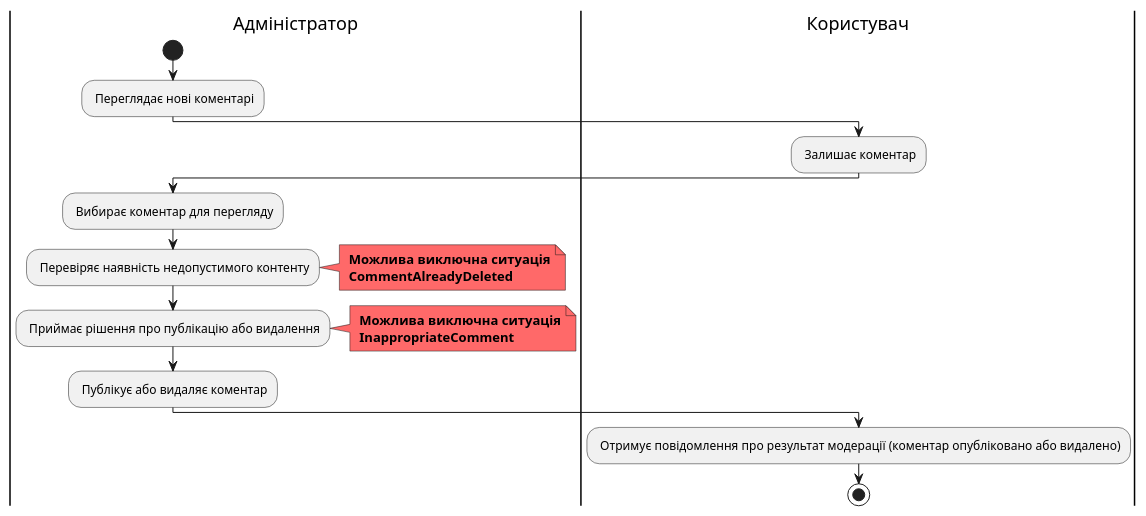
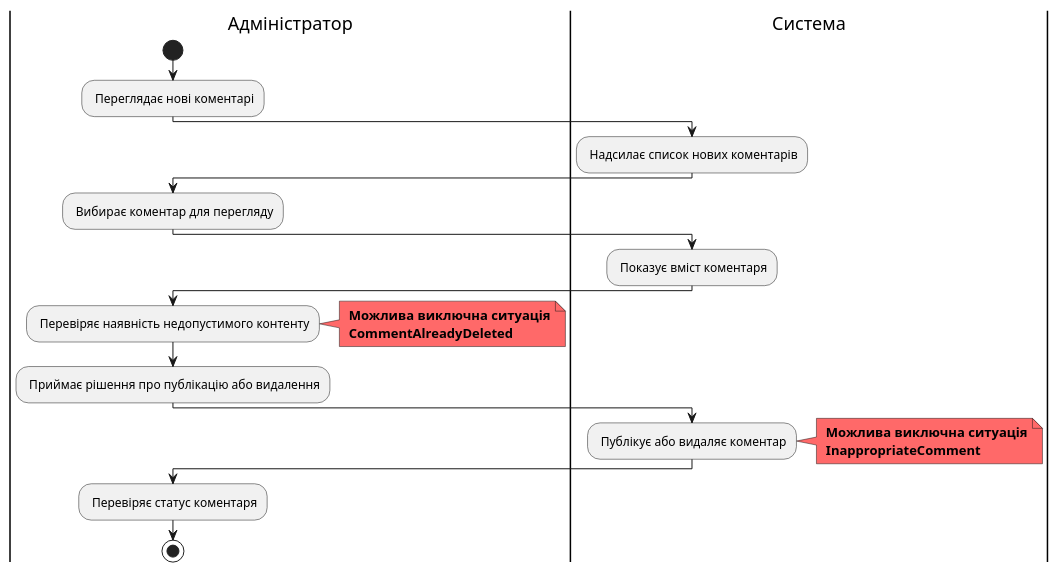
The fourth of 12 diagrams in docs/use cases/README.md (vladyslavpopov/DB_CourseWork), drawn with PlantUML before and after one commit.

```diff
--- a/docs/use cases/README.md
+++ b/docs/use cases/README.md
@@ -109,30 +109,35 @@
 @startuml
-
 |Адміністратор|
 start;
 : Переглядає нові коментарі;
 
-|Користувач|
-: Залишає коментар;
+|Система|
+: Надсилає список нових коментарів;
 
 |Адміністратор|
 : Вибирає коментар для перегляду;
+
+|Система|
+: Показує вміст коментаря;
+
+|Адміністратор|
 : Перевіряє наявність недопустимого контенту;
 note right #FF6969
 <b> Можлива виключна ситуація
 <b> CommentAlreadyDeleted
 end note
 
 : Приймає рішення про публікацію або видалення;
+
+|Система|
+: Публікує або видаляє коментар;
 note right #FF6969
 <b> Можлива виключна ситуація
 <b> InappropriateComment
 end note
 
-: Публікує або видаляє коментар;
-
-|Користувач|
-: Отримує повідомлення про результат модерації (коментар опубліковано або видалено);
+|Адміністратор|
+: Перевіряє статус коментаря;
 
 stop;
 @enduml
```
